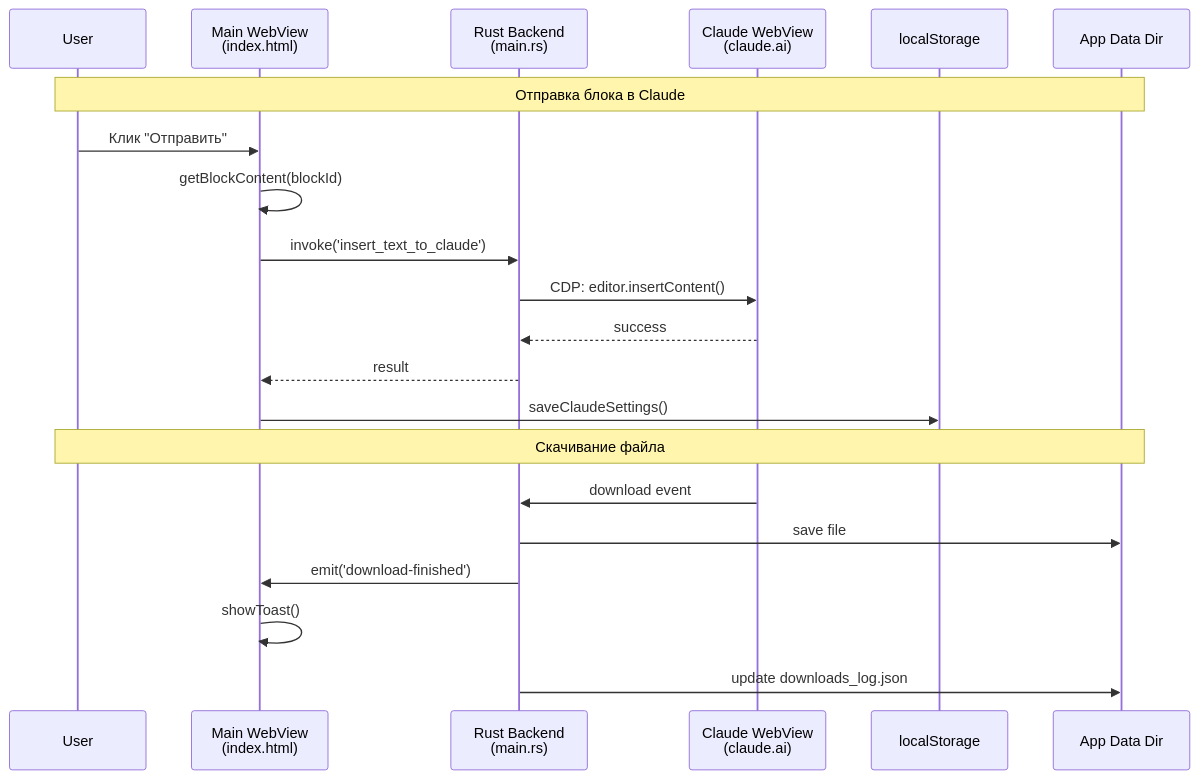
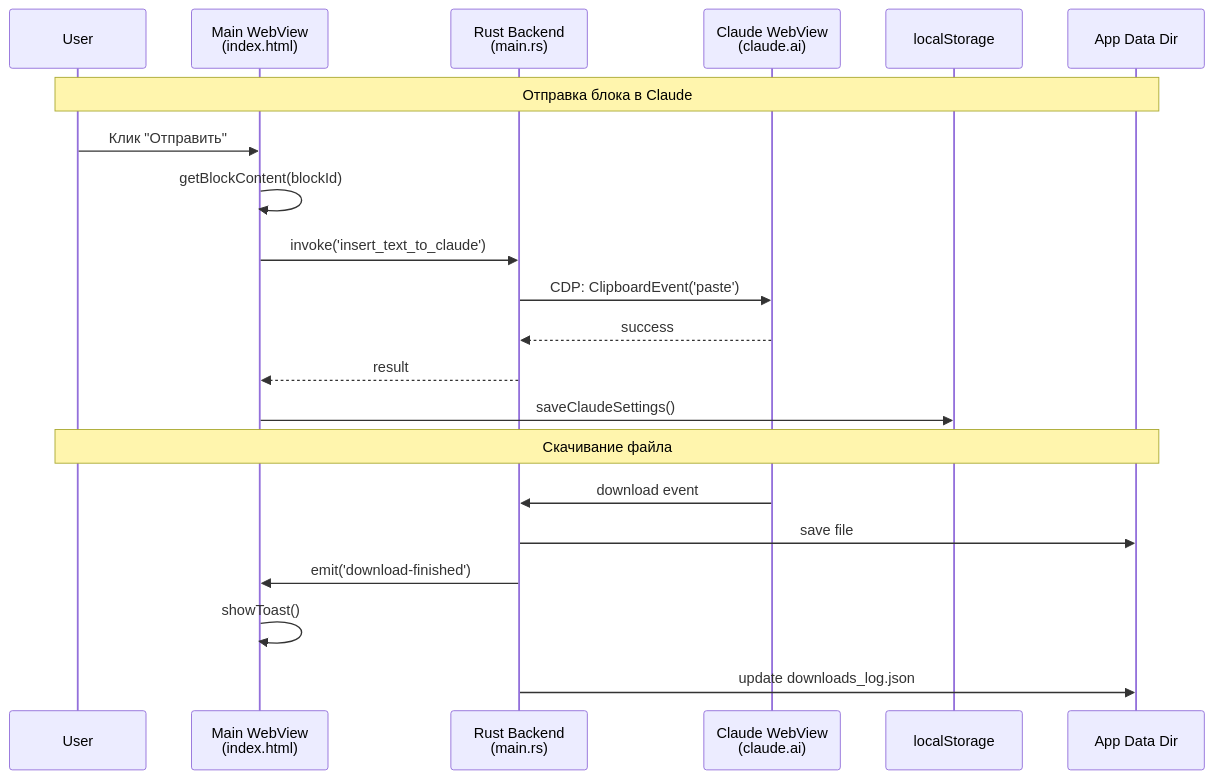
Before and after one commit to IllWicked/ai-prompts-manager: the diagram in docs/01-OVERVIEW.md, drawn with Mermaid. The commit also changed other lines of this file and 23 other files, not shown here.

````diff
--- a/docs/01-OVERVIEW.md
+++ b/docs/01-OVERVIEW.md
@@ -116,25 +116,25 @@
 ```mermaid
 sequenceDiagram
     participant User
     participant UI as Main WebView<br/>(index.html)
     participant Tauri as Rust Backend<br/>(main.rs)
     participant Claude as Claude WebView<br/>(claude.ai)
     participant LS as localStorage
     participant AD as App Data Dir
 
     Note over User,AD: Отправка блока в Claude
     User->>UI: Клик "Отправить"
     UI->>UI: getBlockContent(blockId)
     UI->>Tauri: invoke('insert_text_to_claude')
-    Tauri->>Claude: CDP: editor.insertContent()
+    Tauri->>Claude: CDP: ClipboardEvent('paste')
     Claude-->>Tauri: success
     Tauri-->>UI: result
     UI->>LS: saveClaudeSettings()
     
     Note over User,AD: Скачивание файла
     Claude->>Tauri: download event
     Tauri->>AD: save file
     Tauri->>UI: emit('download-finished')
     UI->>UI: showToast()
     Tauri->>AD: update downloads_log.json
 ```
````
